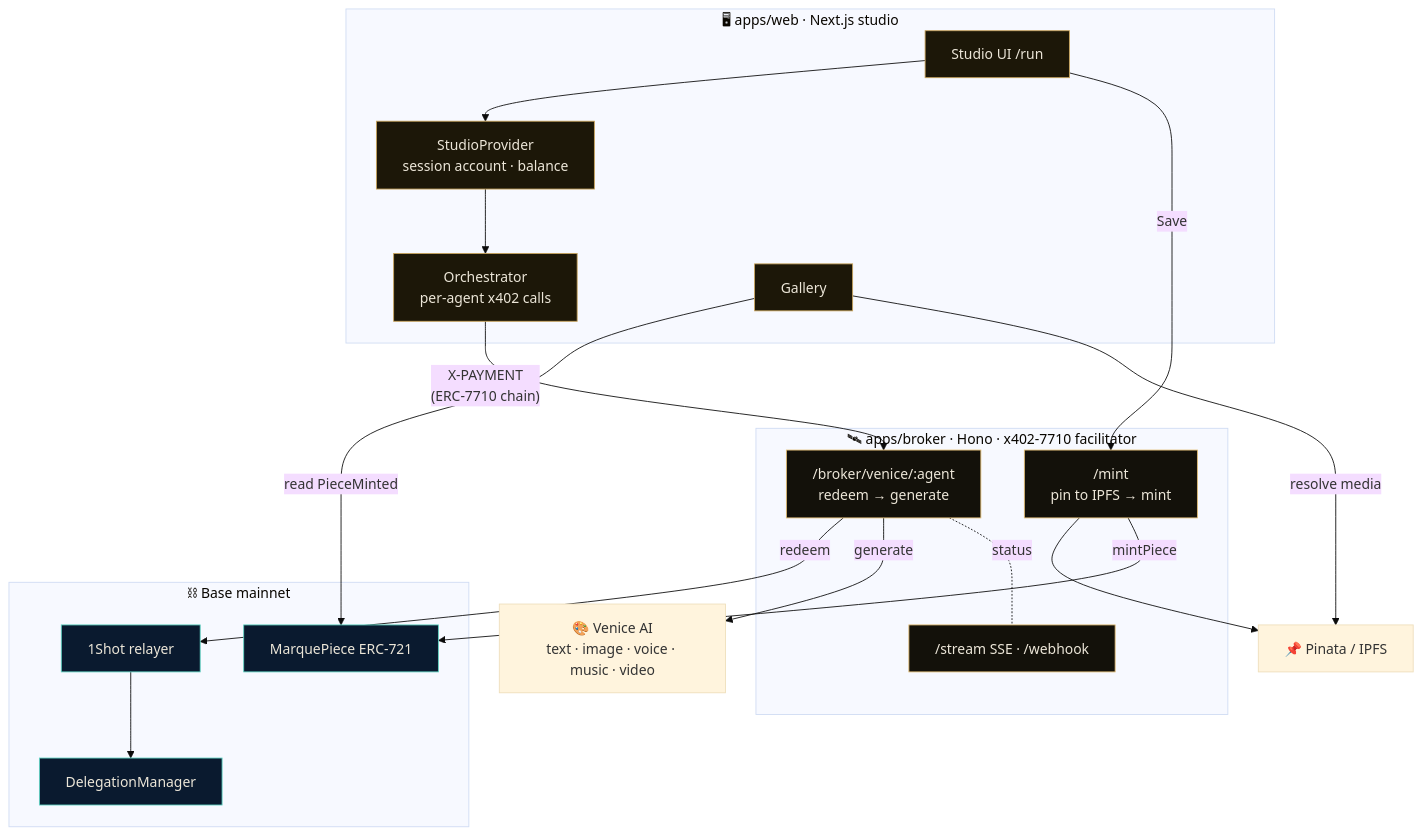
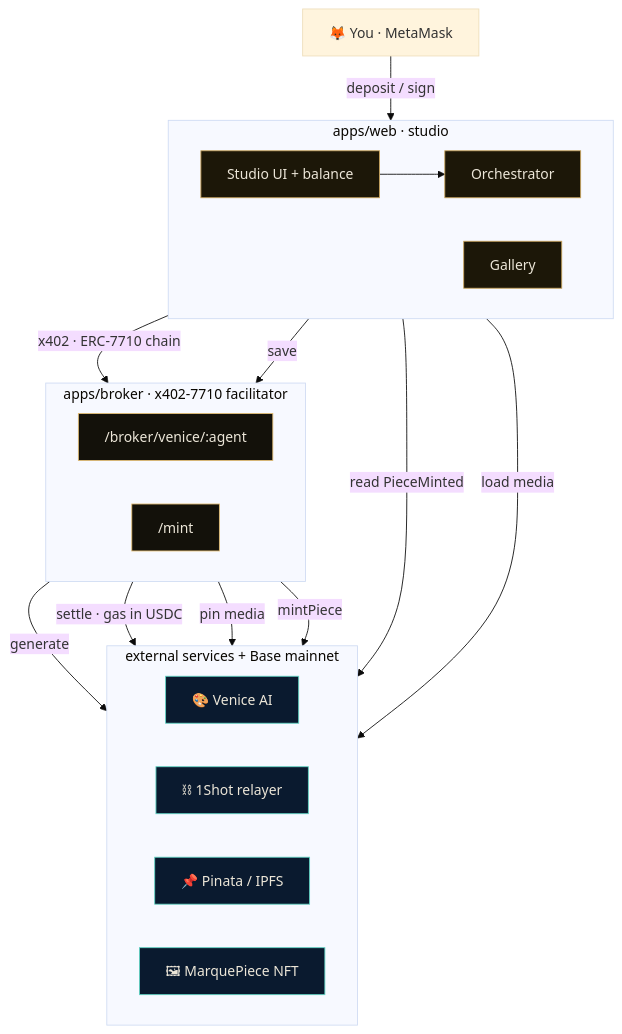
Before and after one commit to wildanrhmn/marque.run: the second of 3 diagrams in README.md, drawn with Mermaid (base theme).

Commit message:
docs: cleaner system architecture diagram
Restructure the architecture mermaid into three stacked LR bands
(web, broker, external + Base mainnet) with downward left/right
lanes, and drop overview clutter (SSE node, StudioProvider,
DelegationManager, status edge).

````diff
--- a/README.md
+++ b/README.md
@@ -65,42 +65,45 @@
 ```mermaid
 flowchart TB
-    subgraph Client["🖥 apps/web · Next.js studio"]
-        UI["Studio UI /run"]
-        STU["StudioProvider<br/>session account · balance"]
-        ORC["Orchestrator<br/>per-agent x402 calls"]
+    MM["🦊 You · MetaMask"]
+
+    subgraph WEB["apps/web · studio"]
+        direction LR
+        ORC["Orchestrator"]
+        UI["Studio UI + balance"]
         GAL["Gallery"]
     end
 
-    subgraph Broker["🛰 apps/broker · Hono · x402-7710 facilitator"]
-        VEN["/broker/venice/:agent<br/>redeem → generate"]
-        MNT["/mint<br/>pin to IPFS → mint"]
-        STR["/stream SSE · /webhook"]
+    subgraph BRK["apps/broker · x402-7710 facilitator"]
+        direction LR
+        VEN["/broker/venice/:agent"]
+        MNT["/mint"]
     end
 
-    subgraph Onchain["⛓ Base mainnet"]
-        ONESHOT["1Shot relayer"]
-        DELMGR["DelegationManager"]
-        PIECE["MarquePiece ERC-721"]
+    subgraph EXT["external services + Base mainnet"]
+        direction LR
+        VENICE["🎨 Venice AI"]
+        ONE["⛓ 1Shot relayer"]
+        PINATA["📌 Pinata / IPFS"]
+        PIECE["🖼 MarquePiece NFT"]
     end
 
-    VENICE["🎨 Venice AI<br/>text · image · voice · music · video"]
-    PINATA["📌 Pinata / IPFS"]
+    MM -->|deposit / sign| UI
+    UI --> ORC
+    ORC -->|"x402 · ERC-7710 chain"| VEN
+    UI -->|save| MNT
 
-    UI --> STU --> ORC
-    ORC -->|"X-PAYMENT<br/>(ERC-7710 chain)"| VEN
-    VEN -->|redeem| ONESHOT --> DELMGR
     VEN -->|generate| VENICE
-    UI -->|Save| MNT
-    MNT --> PINATA
+    VEN -->|"settle · gas in USDC"| ONE
+    MNT -->|pin media| PINATA
     MNT -->|mintPiece| PIECE
+
     GAL -->|read PieceMinted| PIECE
-    GAL -->|resolve media| PINATA
-    VEN -. status .- STR
+    GAL -->|load media| PINATA
 
     classDef web fill:#1c1708,stroke:#c9a45c,color:#ece6d8
     classDef brk fill:#13110a,stroke:#e2bd74,color:#ece6d8
-    classDef chn fill:#0a1a2f,stroke:#5fd4c4,color:#ece6d8
-    class UI,STU,ORC,GAL web
-    class VEN,MNT,STR brk
-    class ONESHOT,DELMGR,PIECE chn
+    classDef ext fill:#0a1a2f,stroke:#5fd4c4,color:#ece6d8
+    class UI,ORC,GAL web
+    class VEN,MNT brk
+    class VENICE,ONE,PINATA,PIECE ext
 ```
````
